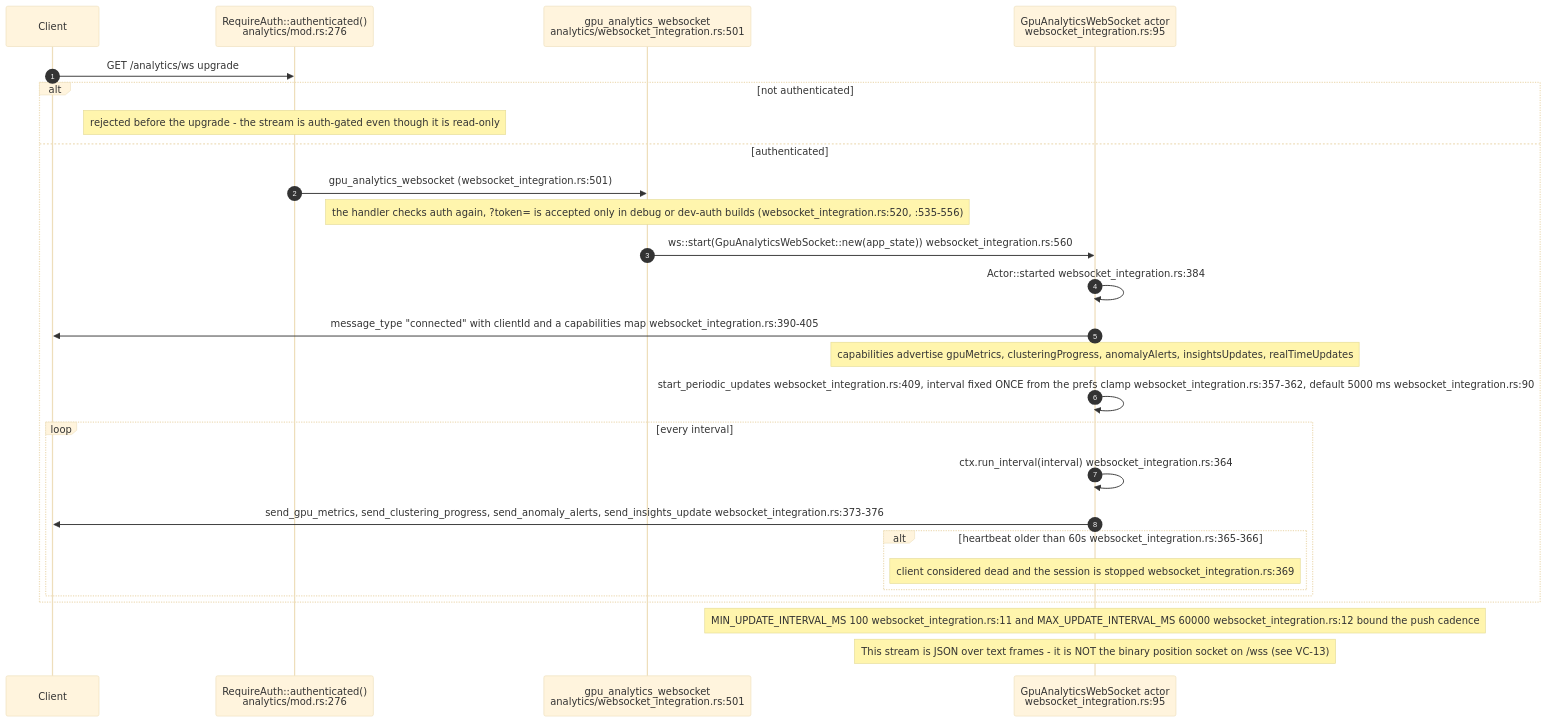
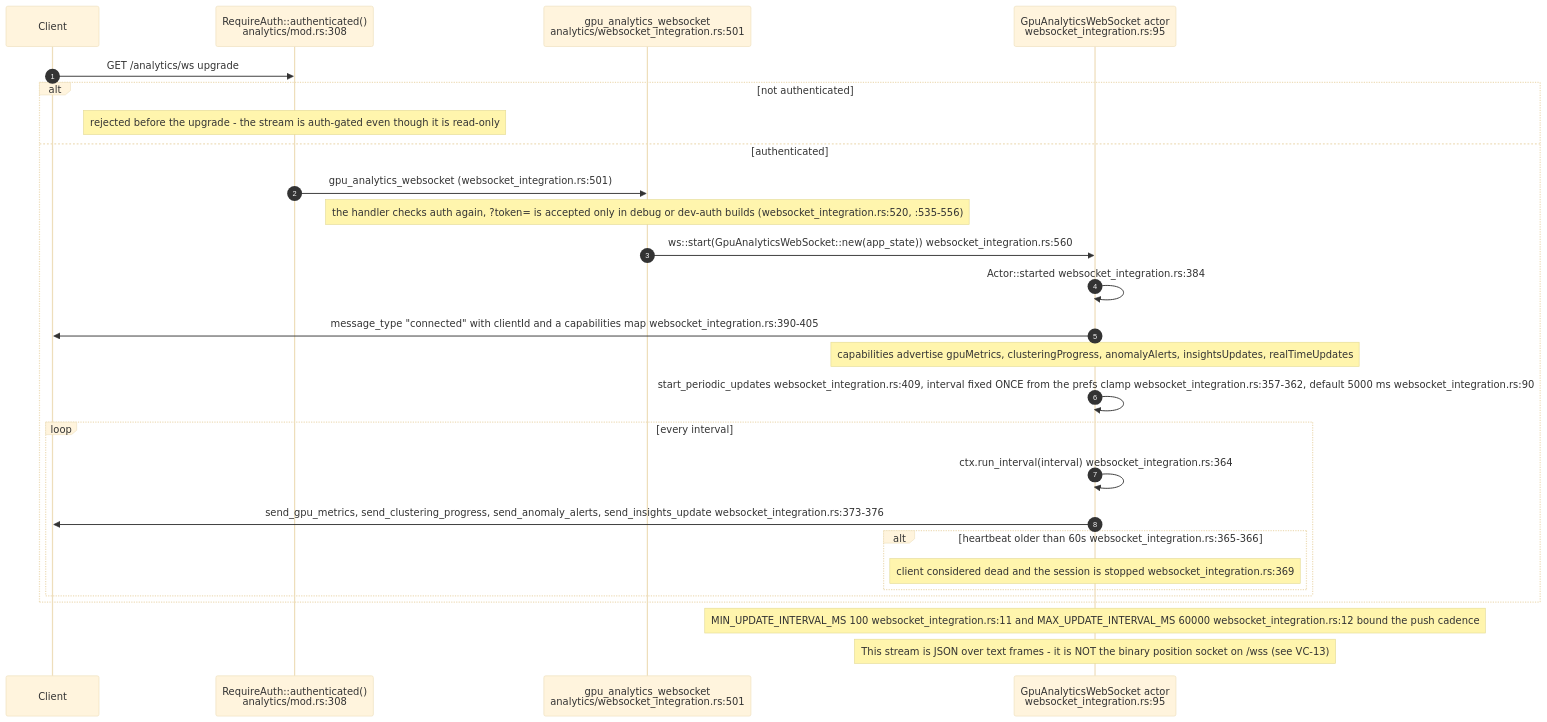
One commit to DreamLab-AI/VisionFlow changed the seventh of 10 diagrams in docs/diagrams/visionclaw/18-analytics-support-handlers.md. Above: the diagram before and after it, drawn with Mermaid (base theme). The commit also changed other lines of this file and 56 other files, not shown here.

First line of the commit message:
docs(diagrams): re-verify VisionClaw topics at ec785afa9, add VC-19/56/57 and the VisionClaw register

````diff
--- a/docs/diagrams/visionclaw/18-analytics-support-handlers.md
+++ b/docs/diagrams/visionclaw/18-analytics-support-handlers.md
@@ -266,30 +274,30 @@
 ```mermaid
 sequenceDiagram
     autonumber
     participant C as Client
-    participant RT as RequireAuth::authenticated()<br/>analytics/mod.rs:276
+    participant RT as RequireAuth::authenticated()<br/>analytics/mod.rs:308
     participant WSH as gpu_analytics_websocket<br/>analytics/websocket_integration.rs:501
     participant A as GpuAnalyticsWebSocket actor<br/>websocket_integration.rs:95
 
     C->>RT: GET /analytics/ws upgrade
     alt not authenticated
         Note over RT: rejected before the upgrade - the stream is auth-gated even though it is read-only
     else authenticated
         RT->>WSH: gpu_analytics_websocket (websocket_integration.rs:501)
         Note over WSH: the handler checks auth again, ?token= is accepted only in debug or dev-auth builds (websocket_integration.rs:520, :535-556)
         WSH->>A: ws::start(GpuAnalyticsWebSocket::new(app_state)) websocket_integration.rs:560
         A->>A: Actor::started websocket_integration.rs:384
         A->>C: message_type "connected" with clientId and a capabilities map websocket_integration.rs:390-405
         Note over A: capabilities advertise gpuMetrics, clusteringProgress, anomalyAlerts, insightsUpdates, realTimeUpdates
         A->>A: start_periodic_updates websocket_integration.rs:409, interval fixed ONCE from the prefs clamp websocket_integration.rs:357-362, default 5000 ms websocket_integration.rs:90
         loop every interval
             A->>A: ctx.run_interval(interval) websocket_integration.rs:364
             A->>C: send_gpu_metrics, send_clustering_progress, send_anomaly_alerts, send_insights_update websocket_integration.rs:373-376
             alt heartbeat older than 60s websocket_integration.rs:365-366
                 Note over A: client considered dead and the session is stopped websocket_integration.rs:369
             end
         end
     end
     Note over A: MIN_UPDATE_INTERVAL_MS 100 websocket_integration.rs:11 and MAX_UPDATE_INTERVAL_MS 60000 websocket_integration.rs:12 bound the push cadence
     Note over A: This stream is JSON over text frames - it is NOT the binary position socket on /wss (see VC-13)
 ```
````
